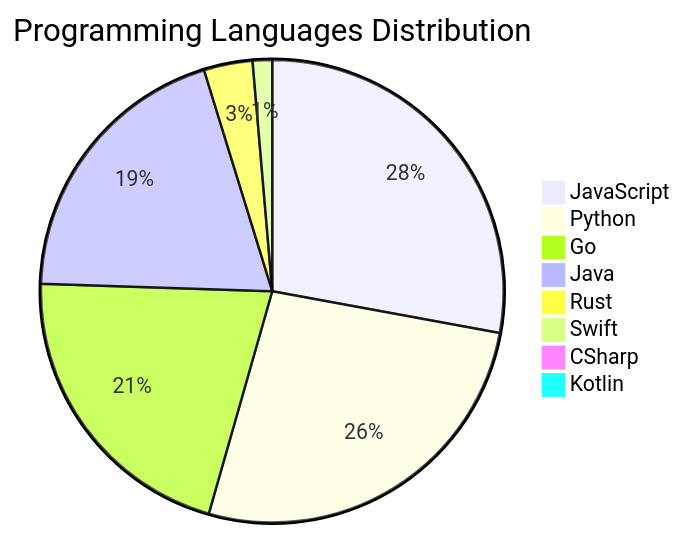
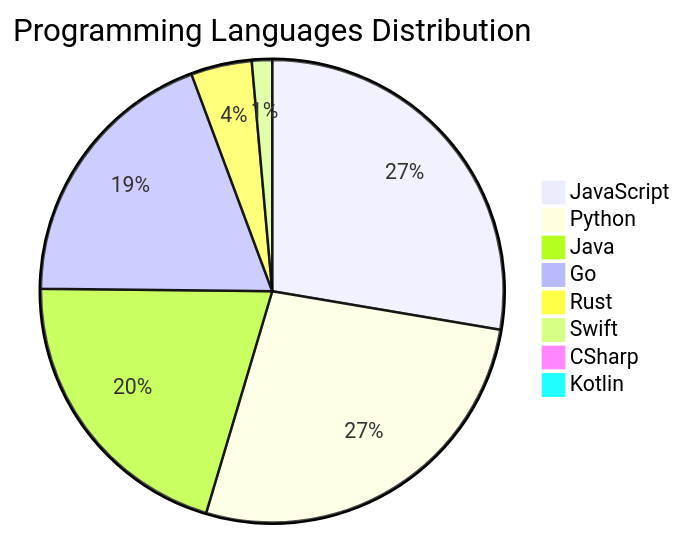
The diagram in README.md (Derrick-MUGISHA/github-activity-bot), drawn with Mermaid before and after one commit. The commit also changed other lines of this file and 4 other files, not shown here.

````diff
--- a/README.md
+++ b/README.md
@@ -208,11 +208,11 @@
 ```mermaid
 pie title Programming Languages Distribution
-    "JavaScript" : 41
-    "Python" : 39
-    "Go" : 31
+    "JavaScript" : 39
+    "Python" : 38
     "Java" : 29
-    "Rust" : 5
+    "Go" : 27
+    "Rust" : 6
     "Swift" : 2
     "CSharp" : 1
     "Kotlin" : 1
 ```
````
